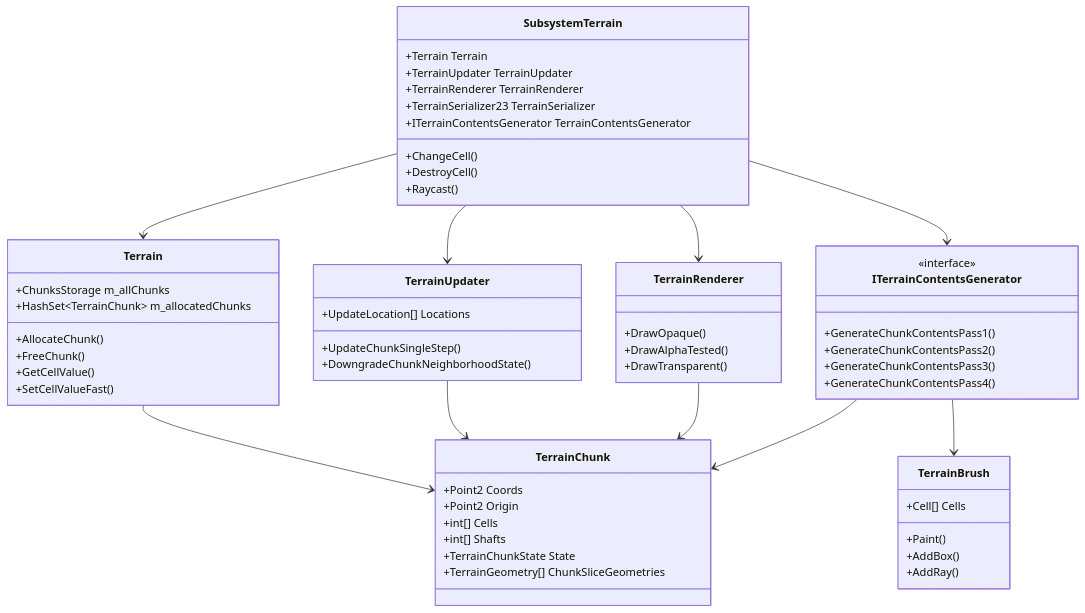
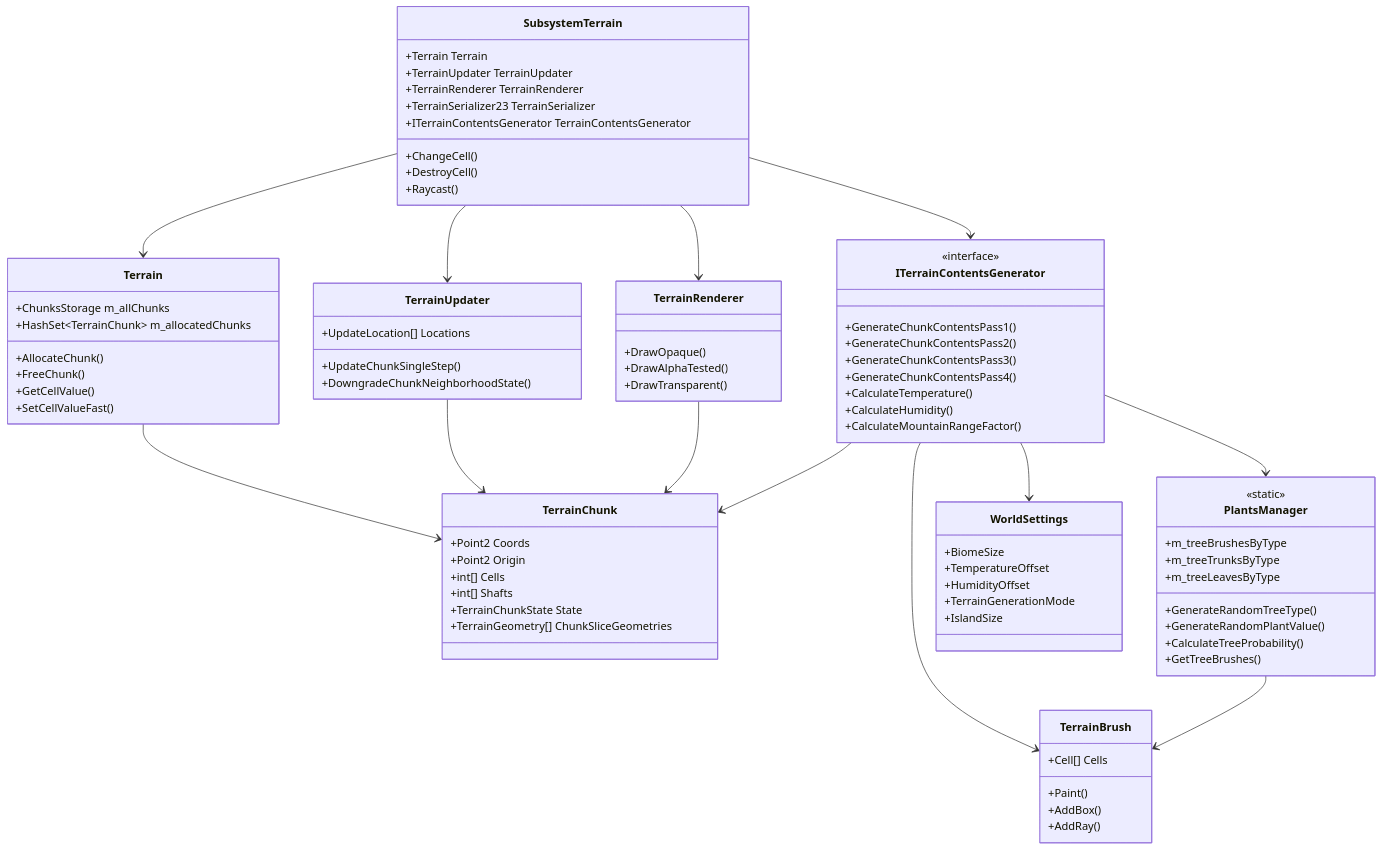
Before and after one commit to YYLMZXC/SurvivalCraftAPI: diagram 12 of 16 in docs/TerrainSystem.md, drawn with Mermaid. The commit also changed other lines of this file, not shown here.

````diff
--- a/docs/TerrainSystem.md
+++ b/docs/TerrainSystem.md
@@ -952,6 +953,9 @@
         +GenerateChunkContentsPass2()
         +GenerateChunkContentsPass3()
         +GenerateChunkContentsPass4()
+        +CalculateTemperature()
+        +CalculateHumidity()
+        +CalculateMountainRangeFactor()
     }
     
     class TerrainBrush {
@@ -959,6 +963,25 @@
         +Paint()
         +AddBox()
         +AddRay()
+    }
+    
+    class PlantsManager {
+        <<static>>
+        +m_treeBrushesByType
+        +m_treeTrunksByType
+        +m_treeLeavesByType
+        +GenerateRandomTreeType()
+        +GenerateRandomPlantValue()
+        +CalculateTreeProbability()
+        +GetTreeBrushes()
+    }
+    
+    class WorldSettings {
+        +BiomeSize
+        +TemperatureOffset
+        +HumidityOffset
+        +TerrainGenerationMode
+        +IslandSize
     }
     
     SubsystemTerrain --> Terrain
@@ -970,4 +993,7 @@
     TerrainRenderer --> TerrainChunk
     ITerrainContentsGenerator --> TerrainBrush
     ITerrainContentsGenerator --> TerrainChunk
+    ITerrainContentsGenerator --> PlantsManager
+    ITerrainContentsGenerator --> WorldSettings
+    PlantsManager --> TerrainBrush
 ```
````
